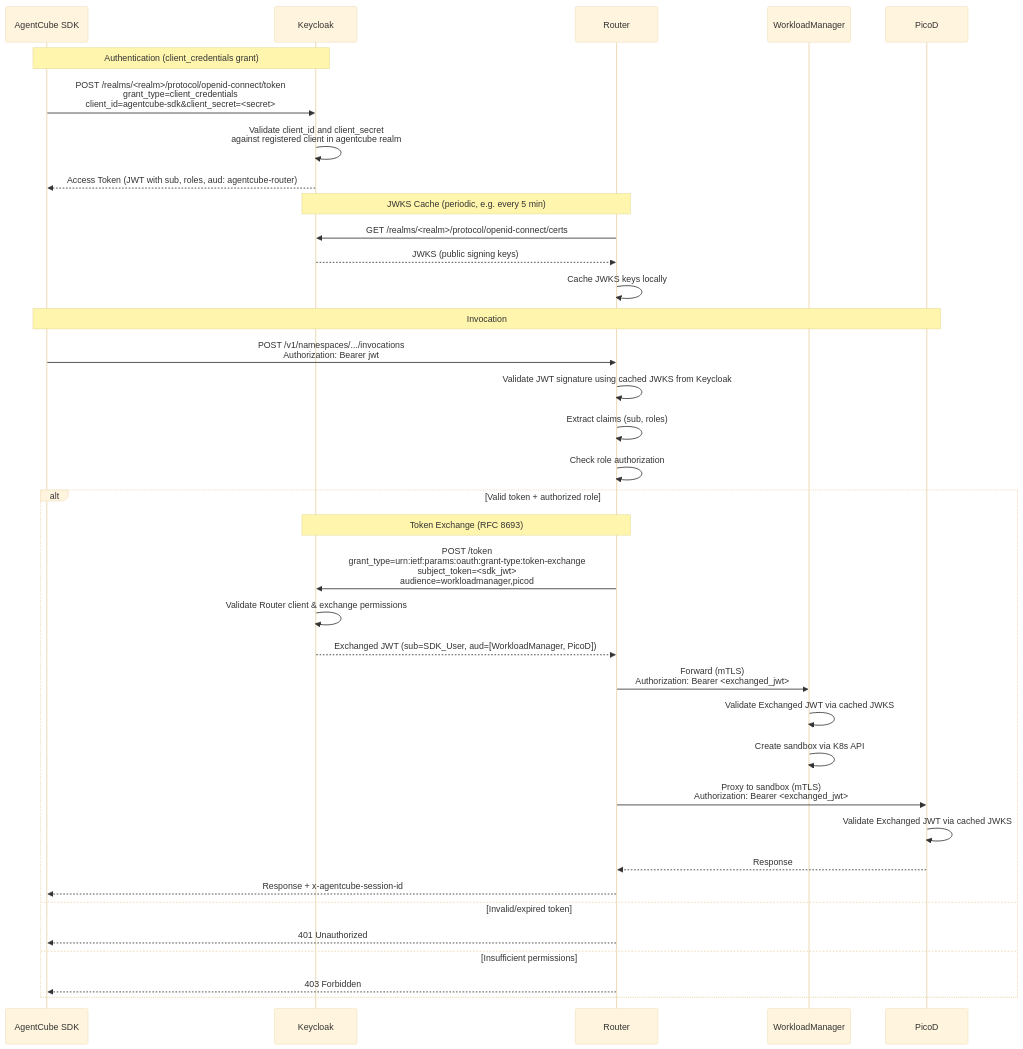
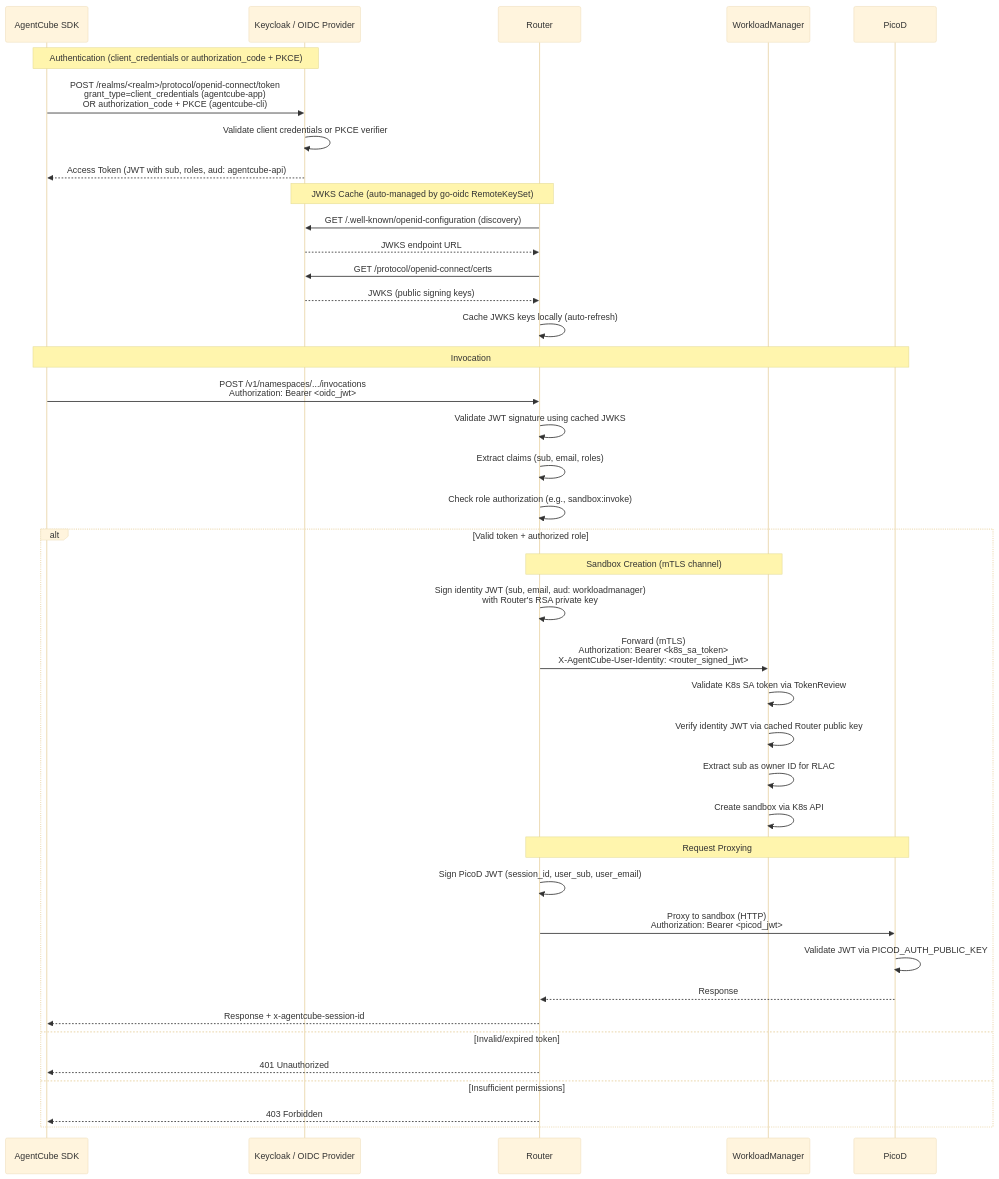
Before and after one commit to volcano-sh/agentcube: the second of 3 diagrams in docs/design/auth-proposal.md, drawn with Mermaid (base theme). The commit also changed other lines of this file, not shown here.

Commit message:
feat: updated the auth-proposal to reflect the actual implementation

````diff
--- a/docs/design/auth-proposal.md
+++ b/docs/design/auth-proposal.md
@@ -499,43 +455,47 @@
 ```mermaid
 sequenceDiagram
     participant SDK as AgentCube SDK
-    participant KC as Keycloak
+    participant KC as Keycloak / OIDC Provider
     participant Router as Router
     participant WM as WorkloadManager
     participant Sandbox as PicoD
 
-    Note over SDK, KC: Authentication (client_credentials grant)
-    SDK->>KC: POST /realms/<realm>/protocol/openid-connect/token<br/>grant_type=client_credentials<br/>client_id=agentcube-sdk&client_secret=<secret>
-    KC->>KC: Validate client_id and client_secret<br/>against registered client in agentcube realm
-    KC-->>SDK: Access Token (JWT with sub, roles, aud: agentcube-router)
+    Note over SDK, KC: Authentication (client_credentials or authorization_code + PKCE)
+    SDK->>KC: POST /realms/<realm>/protocol/openid-connect/token<br/>grant_type=client_credentials (agentcube-app)<br/>OR authorization_code + PKCE (agentcube-cli)
+    KC->>KC: Validate client credentials or PKCE verifier
+    KC-->>SDK: Access Token (JWT with sub, roles, aud: agentcube-api)
 
-    Note over Router, KC: JWKS Cache (periodic, e.g. every 5 min)
-    Router->>KC: GET /realms/<realm>/protocol/openid-connect/certs
+    Note over Router, KC: JWKS Cache (auto-managed by go-oidc RemoteKeySet)
+    Router->>KC: GET /.well-known/openid-configuration (discovery)
+    KC-->>Router: JWKS endpoint URL
+    Router->>KC: GET /protocol/openid-connect/certs
     KC-->>Router: JWKS (public signing keys)
-    Router->>Router: Cache JWKS keys locally
+    Router->>Router: Cache JWKS keys locally (auto-refresh)
 
     Note over SDK, Sandbox: Invocation
-    SDK->>Router: POST /v1/namespaces/.../invocations<br/>Authorization: Bearer jwt
-    Router->>Router: Validate JWT signature using cached JWKS from Keycloak
-    Router->>Router: Extract claims (sub, roles)
-    Router->>Router: Check role authorization
+    SDK->>Router: POST /v1/namespaces/.../invocations<br/>Authorization: Bearer <oidc_jwt>
+    Router->>Router: Validate JWT signature using cached JWKS
+    Router->>Router: Extract claims (sub, email, roles)
+    Router->>Router: Check role authorization (e.g., sandbox:invoke)
 
     alt Valid token + authorized role
-        Note over Router, KC: Token Exchange (RFC 8693)
-        Router->>KC: POST /token<br/>grant_type=urn:ietf:params:oauth:grant-type:token-exchange<br/>subject_token=<sdk_jwt><br/>audience=workloadmanager,picod
-        KC->>KC: Validate Router client & exchange permissions
-        KC-->>Router: Exchanged JWT (sub=SDK_User, aud=[WorkloadManager, PicoD])
+        Note over Router, WM: Sandbox Creation (mTLS channel)
+        Router->>Router: Sign identity JWT (sub, email, aud: workloadmanager)<br/>with Router's RSA private key
+        Router->>WM: Forward (mTLS)<br/>Authorization: Bearer <k8s_sa_token><br/>X-AgentCube-User-Identity: <router_signed_jwt>
+        WM->>WM: Validate K8s SA token via TokenReview
+        WM->>WM: Verify identity JWT via cached Router public key
+        WM->>WM: Extract sub as owner ID for RLAC
+        WM->>WM: Create sandbox via K8s API
 
-        Router->>WM: Forward (mTLS)<br/>Authorization: Bearer <exchanged_jwt>
-        WM->>WM: Validate Exchanged JWT via cached JWKS
-        WM->>WM: Create sandbox via K8s API
-        Router->>Sandbox: Proxy to sandbox (mTLS)<br/>Authorization: Bearer <exchanged_jwt>
-        Sandbox->>Sandbox: Validate Exchanged JWT via cached JWKS
+        Note over Router, Sandbox: Request Proxying
+        Router->>Router: Sign PicoD JWT (session_id, user_sub, user_email)
+        Router->>Sandbox: Proxy to sandbox (HTTP)<br/>Authorization: Bearer <picod_jwt>
+        Sandbox->>Sandbox: Validate JWT via PICOD_AUTH_PUBLIC_KEY
         Sandbox-->>Router: Response
         Router-->>SDK: Response + x-agentcube-session-id
     else Invalid/expired token
         Router-->>SDK: 401 Unauthorized
     else Insufficient permissions
         Router-->>SDK: 403 Forbidden
     end
 ```
````
